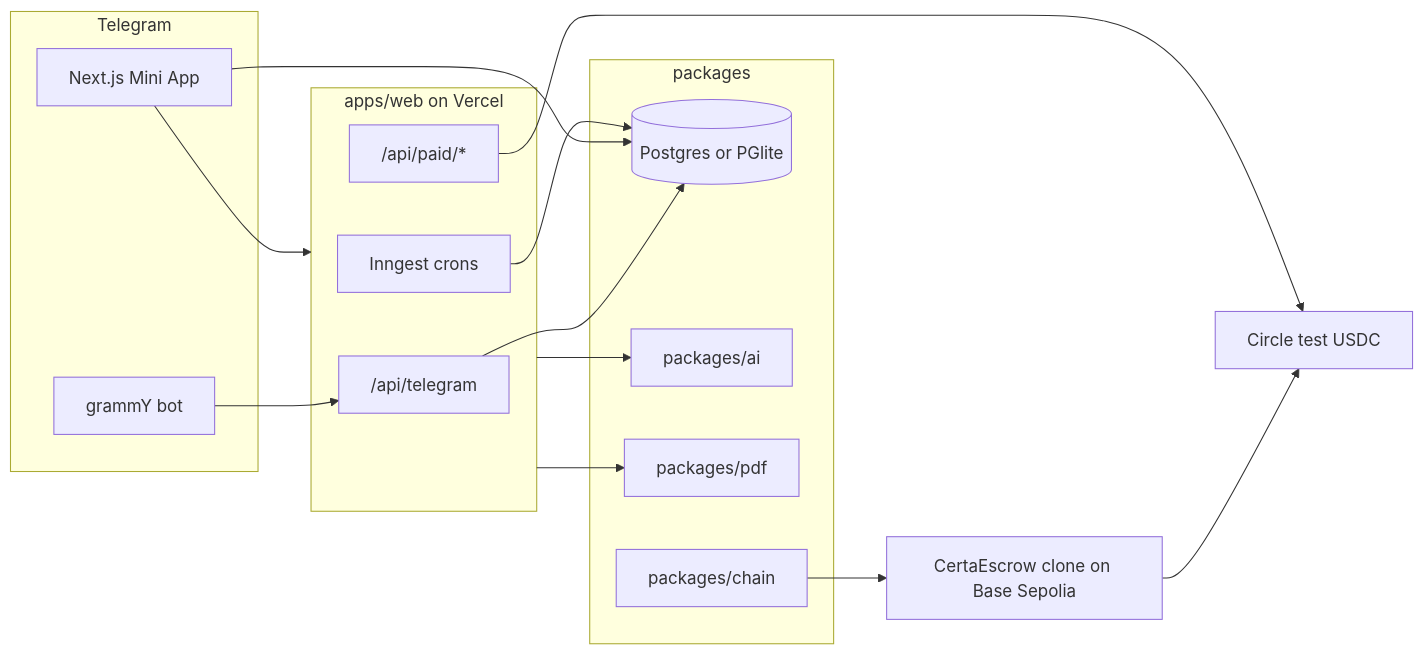
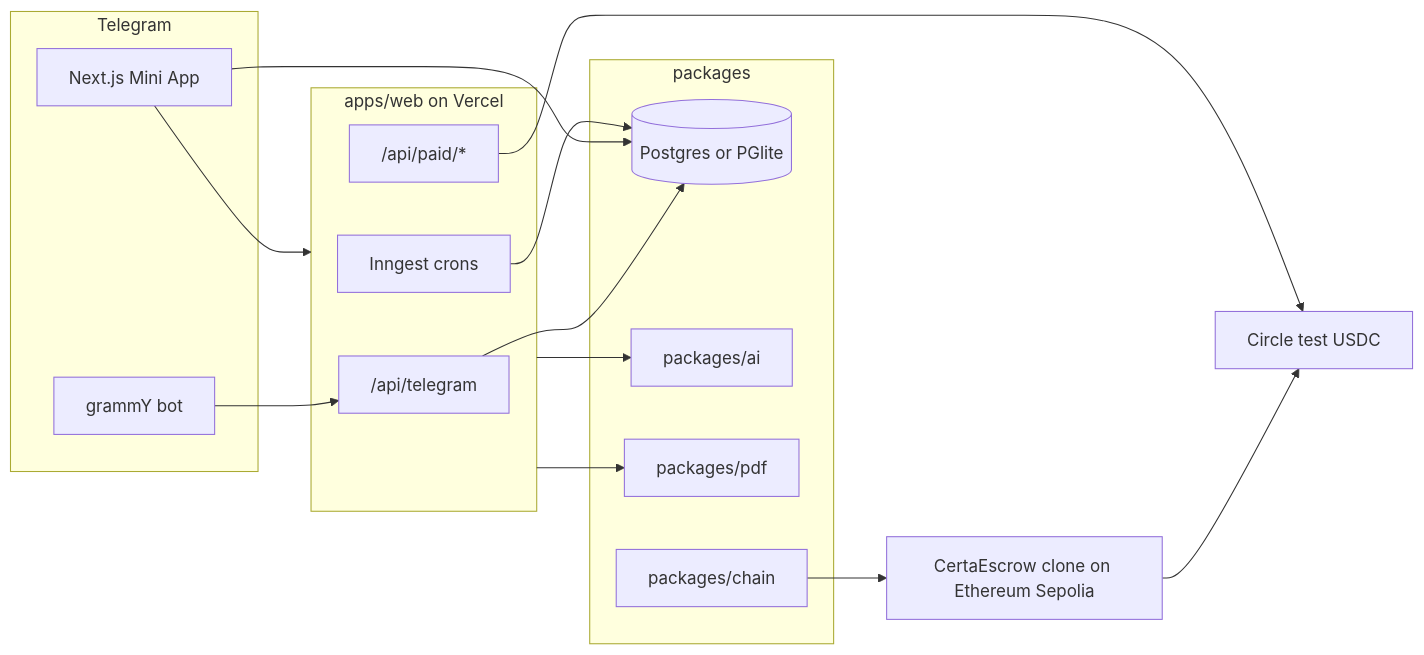
One commit to Preciousbas/Certa changed the first of 3 diagrams in docs/ARCHITECTURE.md. Above: the diagram before and after it, drawn with Mermaid. The commit also changed 118 other files, not shown here.

````diff
--- a/docs/ARCHITECTURE.md
+++ b/docs/ARCHITECTURE.md
@@ -7,31 +7,31 @@
 ```mermaid
 flowchart LR
   subgraph telegram [Telegram]
     Bot[grammY bot]
     Mini[Next.js Mini App]
   end
   subgraph web [apps/web on Vercel]
     Hook["/api/telegram"]
     Paid["/api/paid/*"]
     Jobs[Inngest crons]
   end
   subgraph data [packages]
     DB[(Postgres or PGlite)]
     AI[packages/ai]
     PDF[packages/pdf]
     Chain[packages/chain]
   end
-  Escrow[CertaEscrow clone on Base Sepolia]
+  Escrow[CertaEscrow clone on Ethereum Sepolia]
   USDC[Circle test USDC]
 
   Bot --> Hook
   Mini --> web
   Hook --> DB
   Mini --> DB
   web --> AI
   web --> PDF
   Chain --> Escrow
   Escrow --> USDC
   Jobs --> DB
   Paid --> USDC
 ```
````
